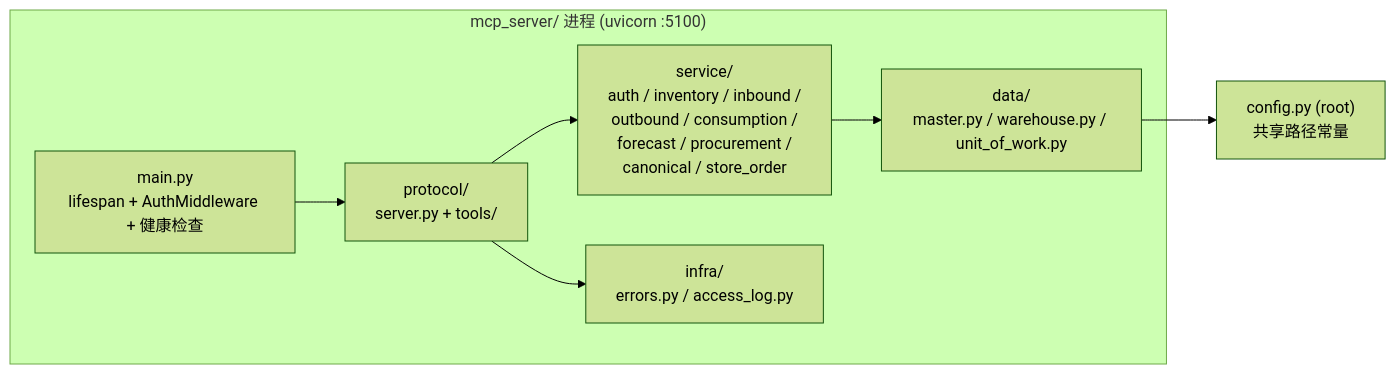
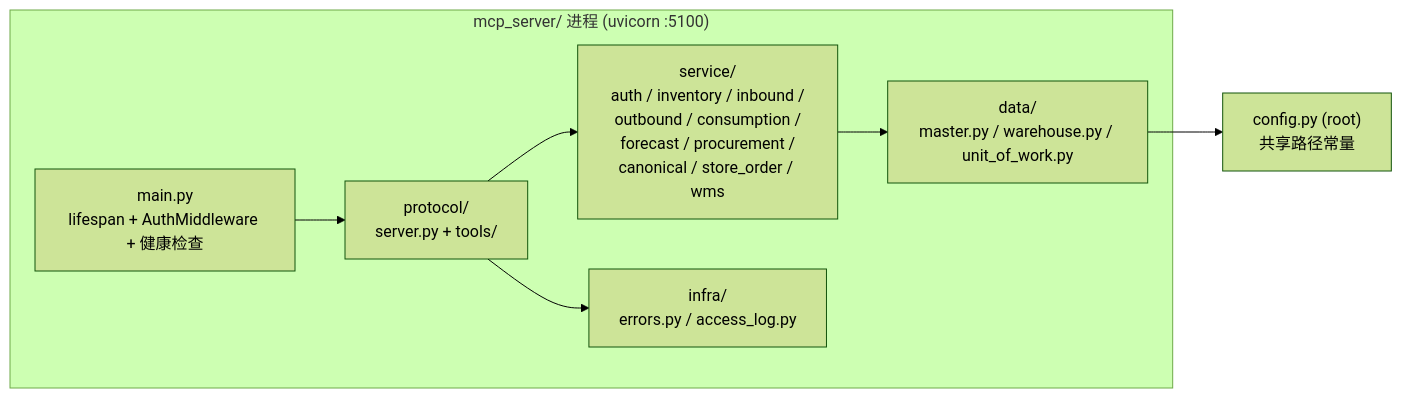
Diagram 12 of 18 in docs/ARCHITECTURE.md (DUIDUI-Studio/DailyCheck), drawn with Mermaid (forest theme) before and after one commit. The commit also changed other lines of this file and 13 other files, not shown here.

````diff
--- a/docs/ARCHITECTURE.md
+++ b/docs/ARCHITECTURE.md
@@ -1888,16 +1888,16 @@
 ```mermaid
 flowchart LR
     subgraph MCP["mcp_server/ 进程 (uvicorn :5100)"]
         Main["main.py<br/>lifespan + AuthMiddleware + 健康检查"]
         Protocol["protocol/<br/>server.py + tools/"]
-        Service["service/<br/>auth / inventory / inbound /<br/>outbound / consumption /<br/>forecast / procurement /<br/>canonical / store_order"]
+        Service["service/<br/>auth / inventory / inbound /<br/>outbound / consumption /<br/>forecast / procurement /<br/>canonical / store_order / wms"]
         Data["data/<br/>master.py / warehouse.py / unit_of_work.py"]
         Infra["infra/<br/>errors.py / access_log.py"]
     end
 
     Main --> Protocol
     Protocol --> Service
     Protocol --> Infra
     Service --> Data
     Data --> Config["config.py (root)<br/>共享路径常量"]
 ```
````
